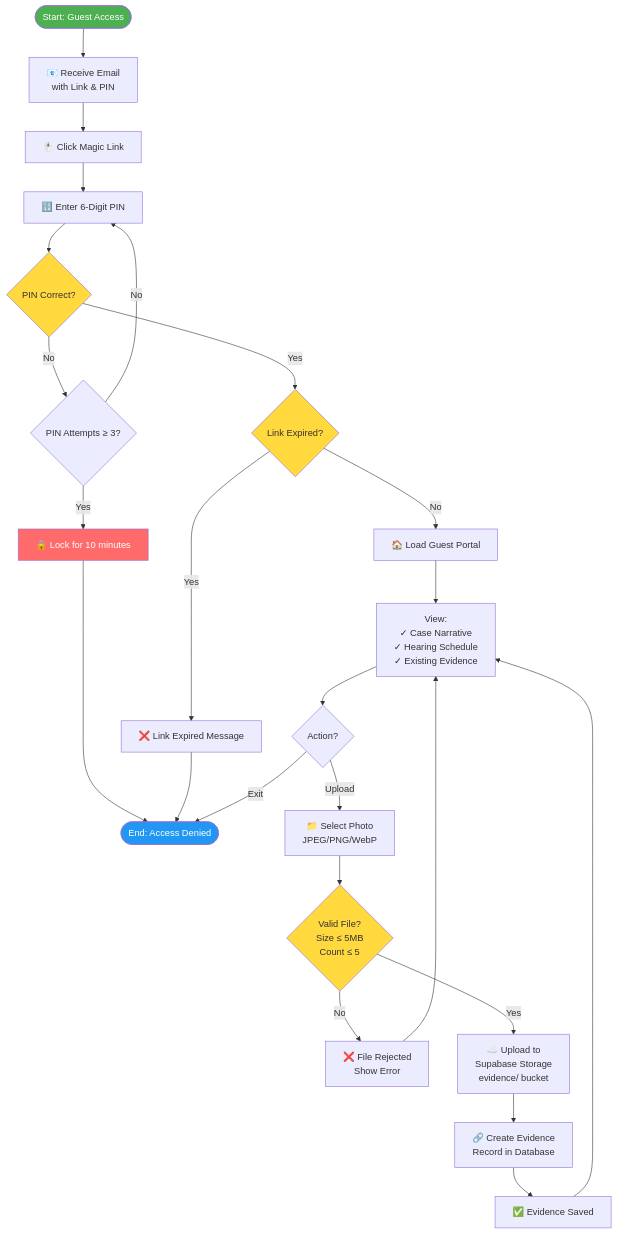
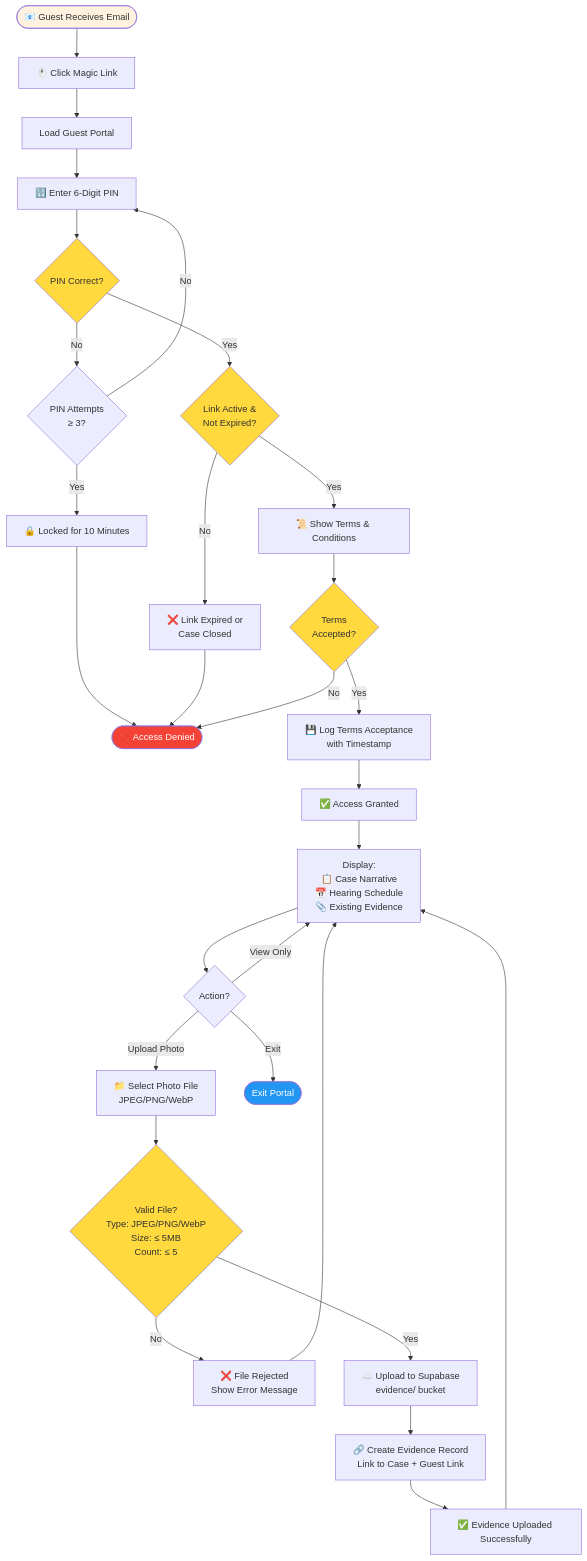
Before and after one commit to Godwynski/Final: the sixth of 6 diagrams in public/README.md, drawn with Mermaid. The commit also changed other lines of this file and 1 other file, not shown here.

Commit message:
refactor(docs): Reorganize system flowcharts in root README into modular diagrams and introduce public README.

````diff
--- a/public/README.md
+++ b/public/README.md
@@ -624,39 +615,46 @@
 ```mermaid
 flowchart TD
-    GuestStart([Start: Guest Access]) --> ReceiveEmail[📧 Receive Email<br/>with Link & PIN]
-    ReceiveEmail --> ClickLink[🖱️ Click Magic Link]
-    ClickLink --> EnterPIN[🔢 Enter 6-Digit PIN]
+    Start([📧 Guest Receives Email]) --> ClickLink[🖱️ Click Magic Link]
+    ClickLink --> LoadPortal[Load Guest Portal]
+    LoadPortal --> EnterPIN[🔢 Enter 6-Digit PIN]
     EnterPIN --> ValidatePIN{PIN Correct?}
 
-    ValidatePIN -->|No| CheckPINAttempts{PIN Attempts ≥ 3?}
-    CheckPINAttempts -->|Yes| LockPIN[🔒 Lock for 10 minutes]
-    CheckPINAttempts -->|No| EnterPIN
-    LockPIN --> GuestEnd([End: Access Denied])
+    ValidatePIN -->|No| PINAttempts{PIN Attempts<br/>≥ 3?}
+    PINAttempts -->|Yes| PINLocked[🔒 Locked for 10 Minutes]
+    PINAttempts -->|No| EnterPIN
+    PINLocked --> End1([❌ Access Denied])
 
-    ValidatePIN -->|Yes| CheckExpiry{Link Expired?}
-    CheckExpiry -->|Yes| ShowExpired[❌ Link Expired Message]
-    ShowExpired --> GuestEnd
+    ValidatePIN -->|Yes| CheckExpiry{Link Active &<br/>Not Expired?}
+    CheckExpiry -->|No| ShowExpired[❌ Link Expired or<br/>Case Closed]
+    ShowExpired --> End1
 
-    CheckExpiry -->|No| LoadPortal[🏠 Load Guest Portal]
-    LoadPortal --> ShowCase[View:<br/>✓ Case Narrative<br/>✓ Hearing Schedule<br/>✓ Existing Evidence]
-    ShowCase --> UserAction{Action?}
+    CheckExpiry -->|Yes| ShowTerms[📜 Show Terms & Conditions]
+    ShowTerms --> AcceptTerms{Terms<br/>Accepted?}
+    AcceptTerms -->|No| End1
 
-    UserAction -->|Upload| SelectFile[📁 Select Photo<br/>JPEG/PNG/WebP]
-    UserAction -->|Exit| GuestEnd
+    AcceptTerms -->|Yes| LogAcceptance[💾 Log Terms Acceptance<br/>with Timestamp]
+    LogAcceptance --> GrantAccess[✅ Access Granted]
+    GrantAccess --> ShowCaseInfo[Display:<br/>📋 Case Narrative<br/>📅 Hearing Schedule<br/>📎 Existing Evidence]
 
-    SelectFile --> ValidateFile{Valid File?<br/>Size ≤ 5MB<br/>Count ≤ 5}
-    ValidateFile -->|No| FileError[❌ File Rejected<br/>Show Error]
-    FileError --> ShowCase
+    ShowCaseInfo --> GuestAction{Action?}
+    GuestAction -->|Upload Photo| SelectFile[📁 Select Photo File<br/>JPEG/PNG/WebP]
+    GuestAction -->|View Only| ShowCaseInfo
+    GuestAction -->|Exit| End2([Exit Portal])
 
-    ValidateFile -->|Yes| UploadStorage[☁️ Upload to<br/>Supabase Storage<br/>evidence/ bucket]
-    UploadStorage --> LinkToCase[🔗 Create Evidence<br/>Record in Database]
-    LinkToCase --> UploadSuccess[✅ Evidence Saved]
-    UploadSuccess --> ShowCase
+    SelectFile --> ValidateFile{Valid File?<br/>Type: JPEG/PNG/WebP<br/>Size: ≤ 5MB<br/>Count: ≤ 5}
+    ValidateFile -->|No| FileError[❌ File Rejected<br/>Show Error Message]
+    FileError --> ShowCaseInfo
 
-    style GuestStart fill:#4CAF50,color:#fff
-    style GuestEnd fill:#2196F3,color:#fff
-    style LockPIN fill:#ff6b6b,color:#fff
+    ValidateFile -->|Yes| UploadToStorage[☁️ Upload to Supabase<br/>evidence/ bucket]
+    UploadToStorage --> CreateRecord[🔗 Create Evidence Record<br/>Link to Case + Guest Link]
+    CreateRecord --> UploadSuccess[✅ Evidence Uploaded Successfully]
+    UploadSuccess --> ShowCaseInfo
+
+    style Start fill:#fff3e0
+    style End1 fill:#f44336,color:#fff
+    style End2 fill:#2196F3,color:#fff
     style ValidatePIN fill:#ffd93d
     style CheckExpiry fill:#ffd93d
     style ValidateFile fill:#ffd93d
+    style AcceptTerms fill:#ffd93d
 ```
````
